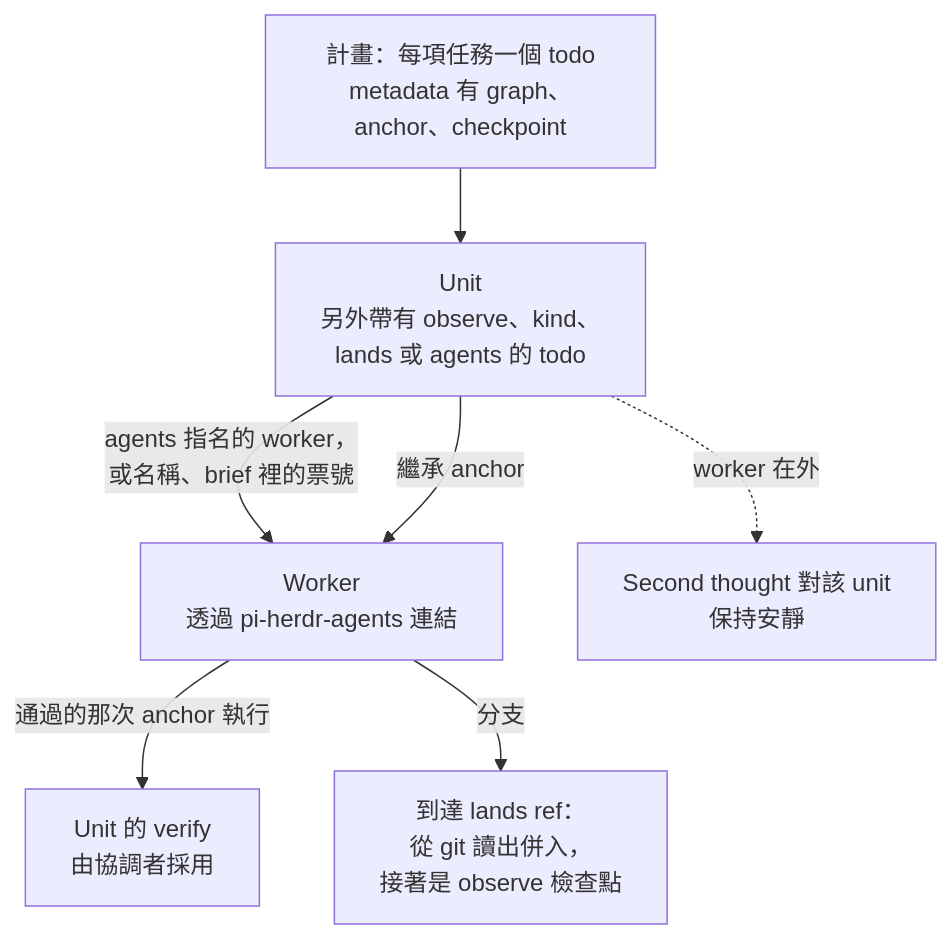
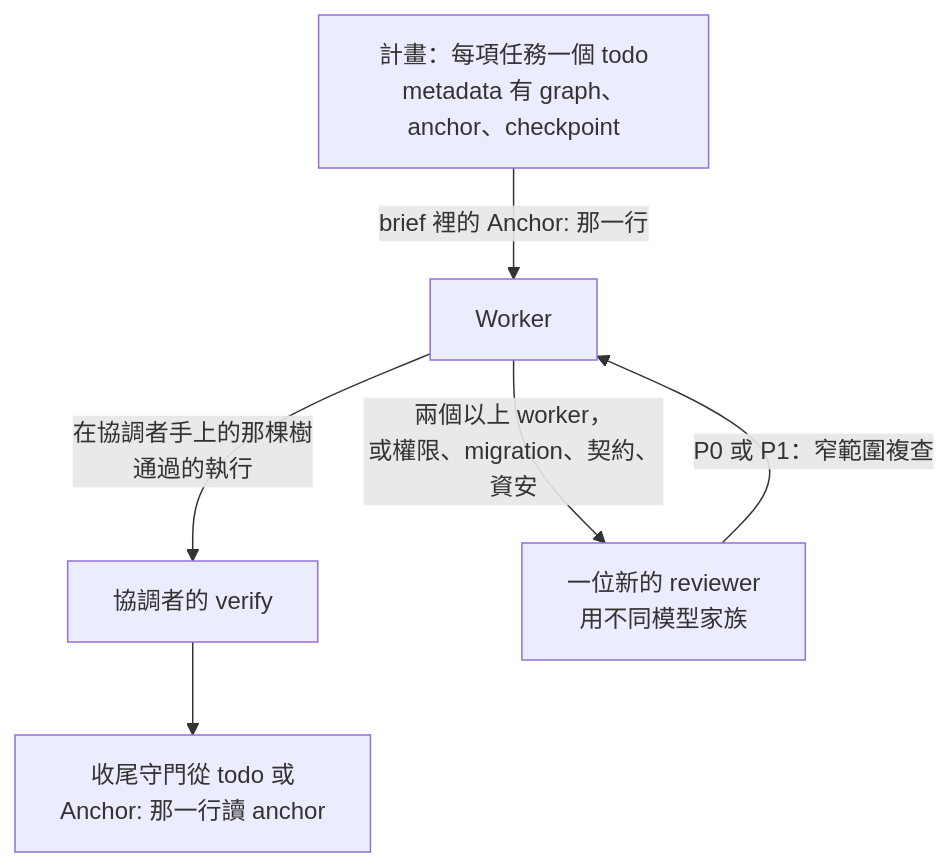
One commit to wayne930242/anchorloop changed the first of 2 diagrams in site/src/content/docs/zh-tw/guide/with-straw-boss.md. Above: the diagram before and after it, drawn with Mermaid. The commit also changed other lines of this file and 250 other files, not shown here.

````diff
--- a/site/src/content/docs/zh-tw/guide/with-straw-boss.md
+++ b/site/src/content/docs/zh-tw/guide/with-straw-boss.md
@@ -40,9 +39,8 @@
 ```mermaid
 flowchart TD
-  plan["計畫：每項任務一個 todo<br/>metadata 有 graph、anchor、checkpoint"] --> unit["Unit<br/>另外帶有 observe、kind、<br/>lands 或 agents 的 todo"]
-  unit -->|"agents 指名的 worker，<br/>或名稱、brief 裡的票號"| worker["Worker<br/>透過 pi-herdr-agents 連結"]
-  unit -->|"繼承 anchor"| worker
-  worker -->|"通過的那次 anchor 執行"| verify["Unit 的 verify<br/>由協調者採用"]
-  unit -.->|"worker 在外"| quiet["Second thought 對該 unit<br/>保持安靜"]
-  worker -->|"分支"| land["到達 lands ref：<br/>從 git 讀出併入，<br/>接著是 observe 檢查點"]
+  plan["計畫：每項任務一個 todo<br/>metadata 有 graph、anchor、checkpoint"] -->|"brief 裡的 Anchor: 那一行"| worker["Worker"]
+  worker -->|"在協調者手上的那棵樹<br/>通過的執行"| verify["協調者的 verify"]
+  worker -->|"兩個以上 worker，<br/>或權限、migration、契約、資安"| review["一位新的 reviewer<br/>用不同模型家族"]
+  review -->|"P0 或 P1：窄範圍複查"| worker
+  verify --> guard["收尾守門從 todo 或<br/>Anchor: 那一行讀 anchor"]
 ```
````
